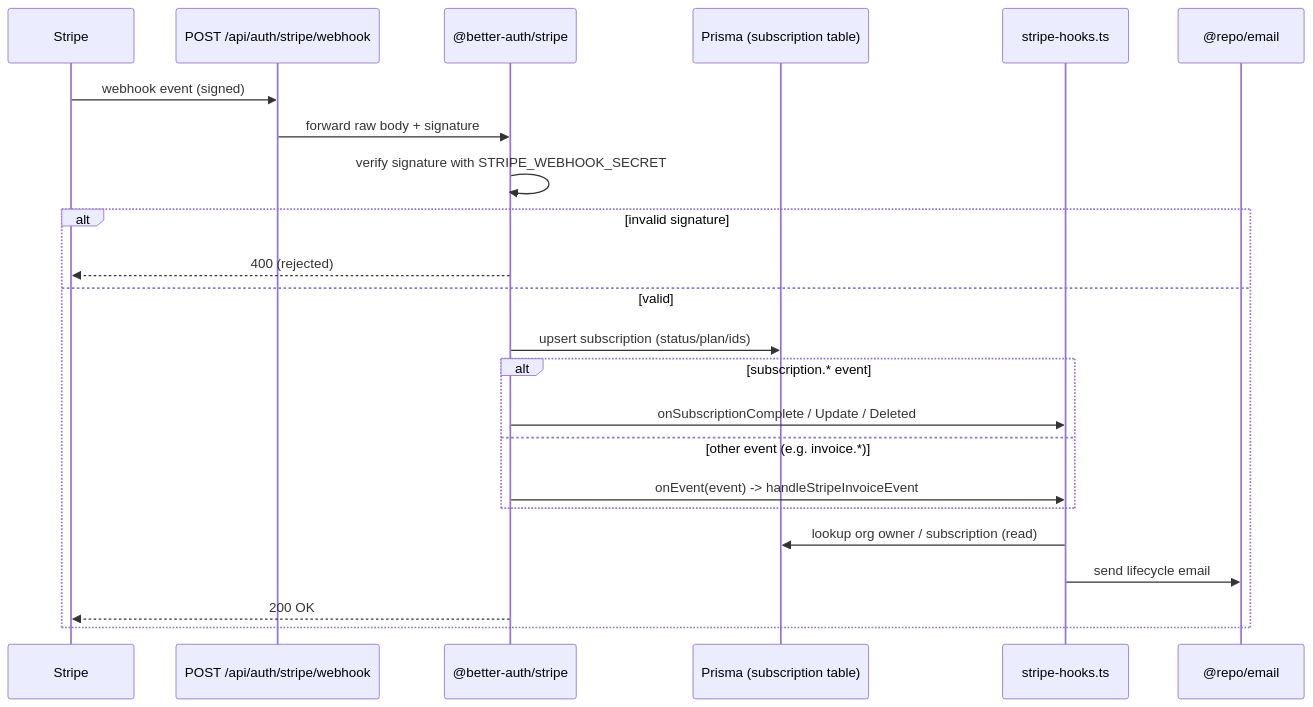
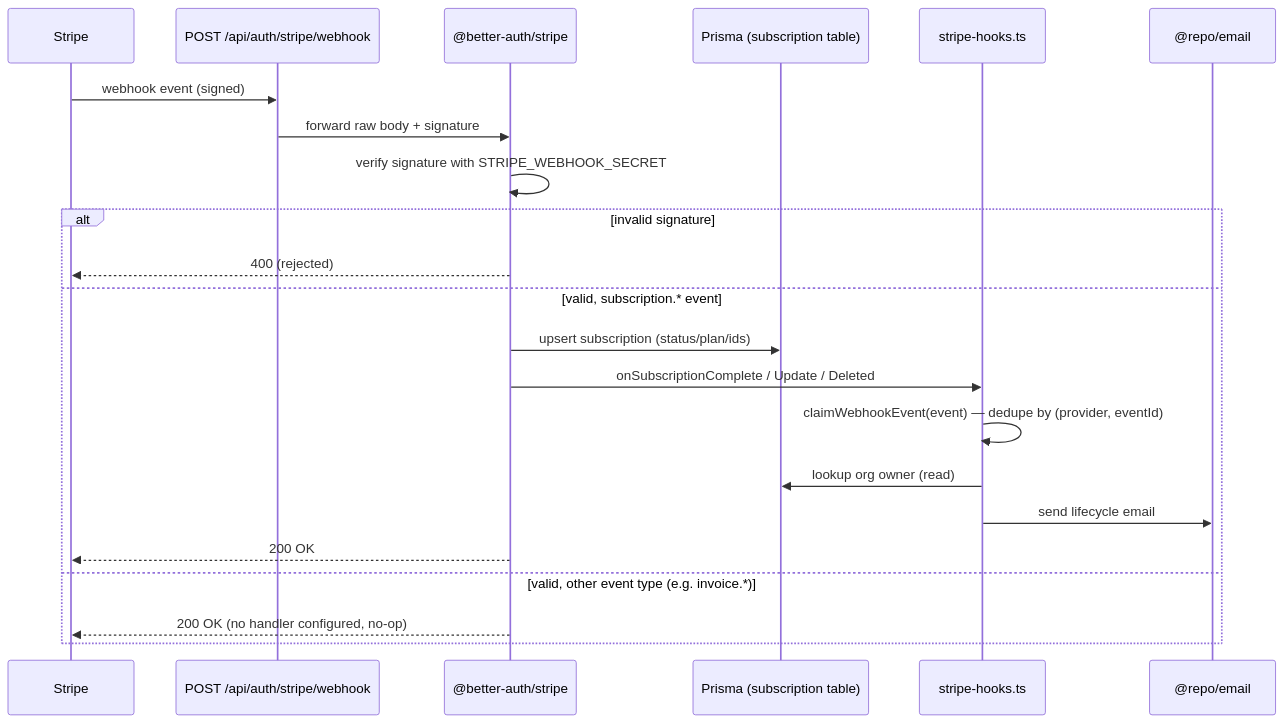
One commit to saasprokit-com/saasprokit changed the diagram in apps/docs/content/docs/payment/webhooks.mdx. Above: the diagram before and after it, drawn with Mermaid. The commit also changed other lines of this file and 19 other files, not shown here.

````diff
--- a/apps/docs/content/docs/payment/webhooks.mdx
+++ b/apps/docs/content/docs/payment/webhooks.mdx
@@ -49,26 +53,25 @@
 ```mermaid
 sequenceDiagram
     participant Stripe
     participant Endpoint as POST /api/auth/stripe/webhook
     participant Plugin as @better-auth/stripe
     participant DB as Prisma (subscription table)
     participant Hooks as stripe-hooks.ts
     participant Email as @repo/email
 
     Stripe->>Endpoint: webhook event (signed)
     Endpoint->>Plugin: forward raw body + signature
     Plugin->>Plugin: verify signature with STRIPE_WEBHOOK_SECRET
     alt invalid signature
         Plugin-->>Stripe: 400 (rejected)
-    else valid
+    else valid, subscription.* event
         Plugin->>DB: upsert subscription (status/plan/ids)
-        alt subscription.* event
-            Plugin->>Hooks: onSubscriptionComplete / Update / Deleted
-        else other event (e.g. invoice.*)
-            Plugin->>Hooks: onEvent(event) -> handleStripeInvoiceEvent
-        end
-        Hooks->>DB: lookup org owner / subscription (read)
+        Plugin->>Hooks: onSubscriptionComplete / Update / Deleted
+        Hooks->>Hooks: claimWebhookEvent(event) — dedupe by (provider, eventId)
+        Hooks->>DB: lookup org owner (read)
         Hooks->>Email: send lifecycle email
         Plugin-->>Stripe: 200 OK
+    else valid, other event type (e.g. invoice.*)
+        Plugin-->>Stripe: 200 OK (no handler configured, no-op)
     end
 ```
````
